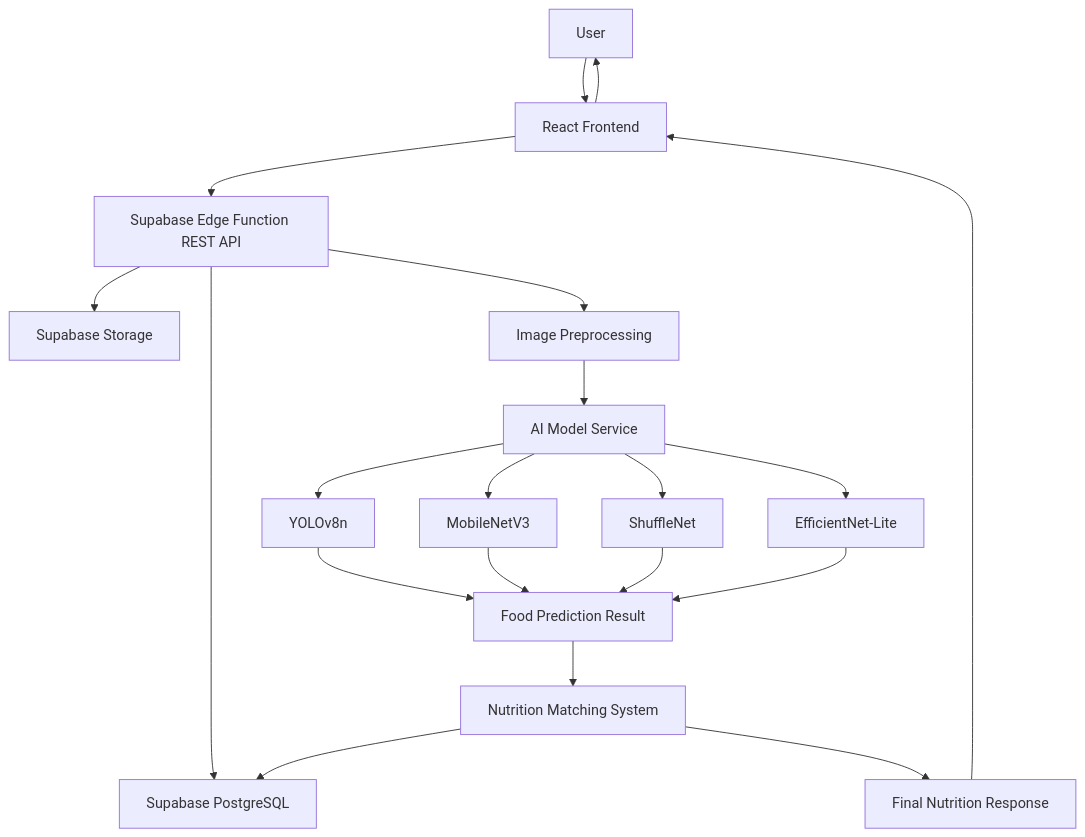
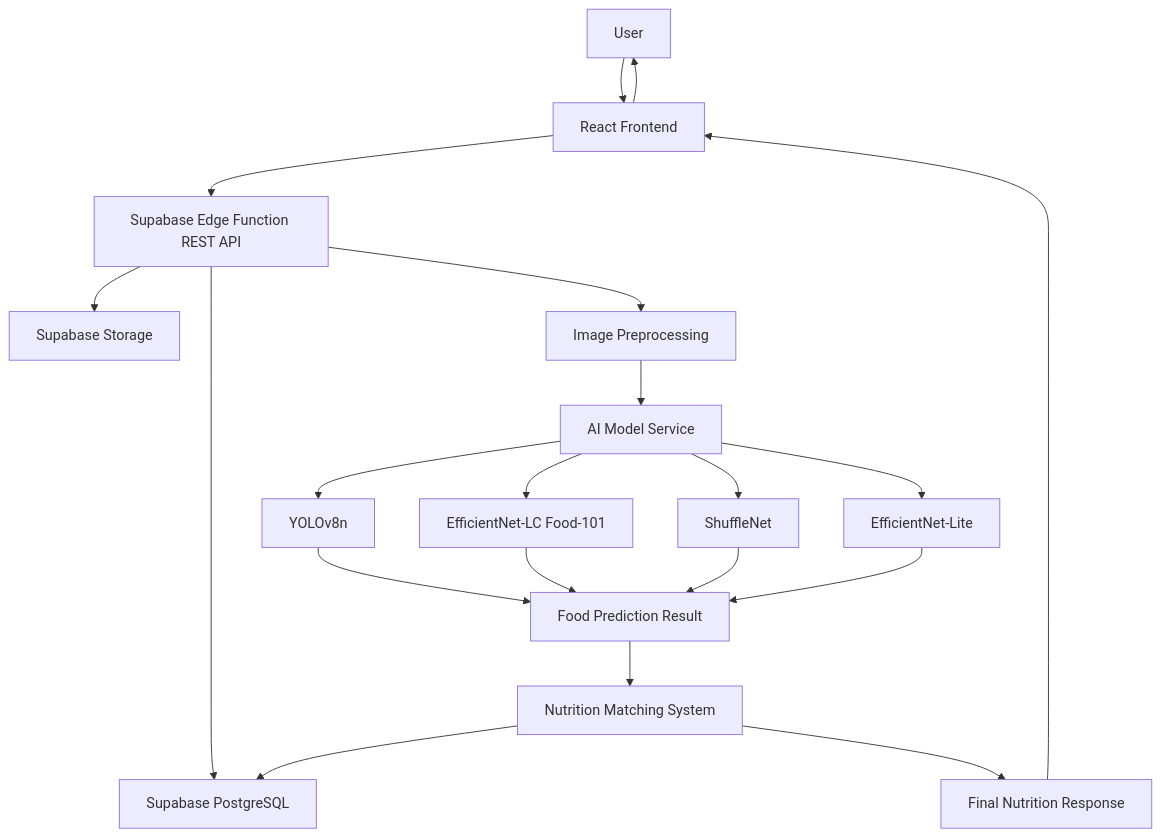
The first of 4 diagrams in diagrams/ai_diagrams.md (Tamal-11/cse4104-7a-t03-nutrilens), drawn with Mermaid before and after one commit. The commit also changed other lines of this file and 22 other files, not shown here.

````diff
--- a/diagrams/ai_diagrams.md
+++ b/diagrams/ai_diagrams.md
@@ -3,45 +3,45 @@
 ```mermaid
 flowchart TD
     U[User]
     F[React Frontend]
     API[Supabase Edge Function REST API]
     S[Supabase Storage]
     DB[Supabase PostgreSQL]
     P[Image Preprocessing]
     AI[AI Model Service]
 
     YOLO[YOLOv8n]
-    MOB[MobileNetV3]
+    MOB[EfficientNet-LC Food-101]
     SHUF[ShuffleNet]
     EFF[EfficientNet-Lite]
 
     R[Food Prediction Result]
     N[Nutrition Matching System]
     O[Final Nutrition Response]
 
     U --> F
     F --> API
 
     API --> S
     API --> DB
 
     API --> P
     P --> AI
 
     AI --> YOLO
     AI --> MOB
     AI --> SHUF
     AI --> EFF
 
     YOLO --> R
     MOB --> R
     SHUF --> R
     EFF --> R
 
     R --> N
     N --> DB
     N --> O
 
     O --> F
     F --> U
 ```
````
